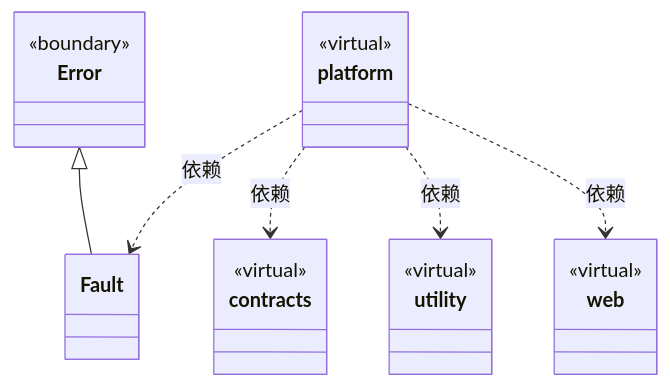
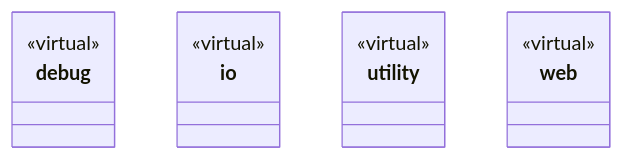
One commit to nan023062/cbim changed the diagram in src/core/ARCHITECTURE.md. Above: the diagram before and after it, drawn with Mermaid. The commit also changed other lines of this file and 461 other files, not shown here.

````diff
--- a/src/core/ARCHITECTURE.md
+++ b/src/core/ARCHITECTURE.md
@@ -30,29 +21,19 @@
 ```mermaid
 classDiagram
-class N_03e7b8297943["platform"] {
+class N_a73a4c0b0587["debug"] {
   <<virtual>>
 }
-click N_03e7b8297943 href "platform/ARCHITECTURE.md"
-class N_e6a2b581180b["Fault"]
-click N_e6a2b581180b href "errors.ts"
-class N_42bebffebb81["contracts"] {
+click N_a73a4c0b0587 href "debug/ARCHITECTURE.md"
+class N_8343bc74aef3["io"] {
   <<virtual>>
 }
-click N_42bebffebb81 href "contracts/ARCHITECTURE.md"
+click N_8343bc74aef3 href "io/ARCHITECTURE.md"
 class N_6b03175635dd["utility"] {
   <<virtual>>
 }
 click N_6b03175635dd href "utility/ARCHITECTURE.md"
 class N_0fab5d07aef1["web"] {
   <<virtual>>
 }
 click N_0fab5d07aef1 href "web/ARCHITECTURE.md"
-class N_b7b436f4eeb9["Error"] {
-  <<boundary>>
-}
-N_b7b436f4eeb9 <|-- N_e6a2b581180b
-N_03e7b8297943 ..> N_e6a2b581180b : 依赖
-N_03e7b8297943 ..> N_42bebffebb81 : 依赖
-N_03e7b8297943 ..> N_6b03175635dd : 依赖
-N_03e7b8297943 ..> N_0fab5d07aef1 : 依赖
 ```
````
